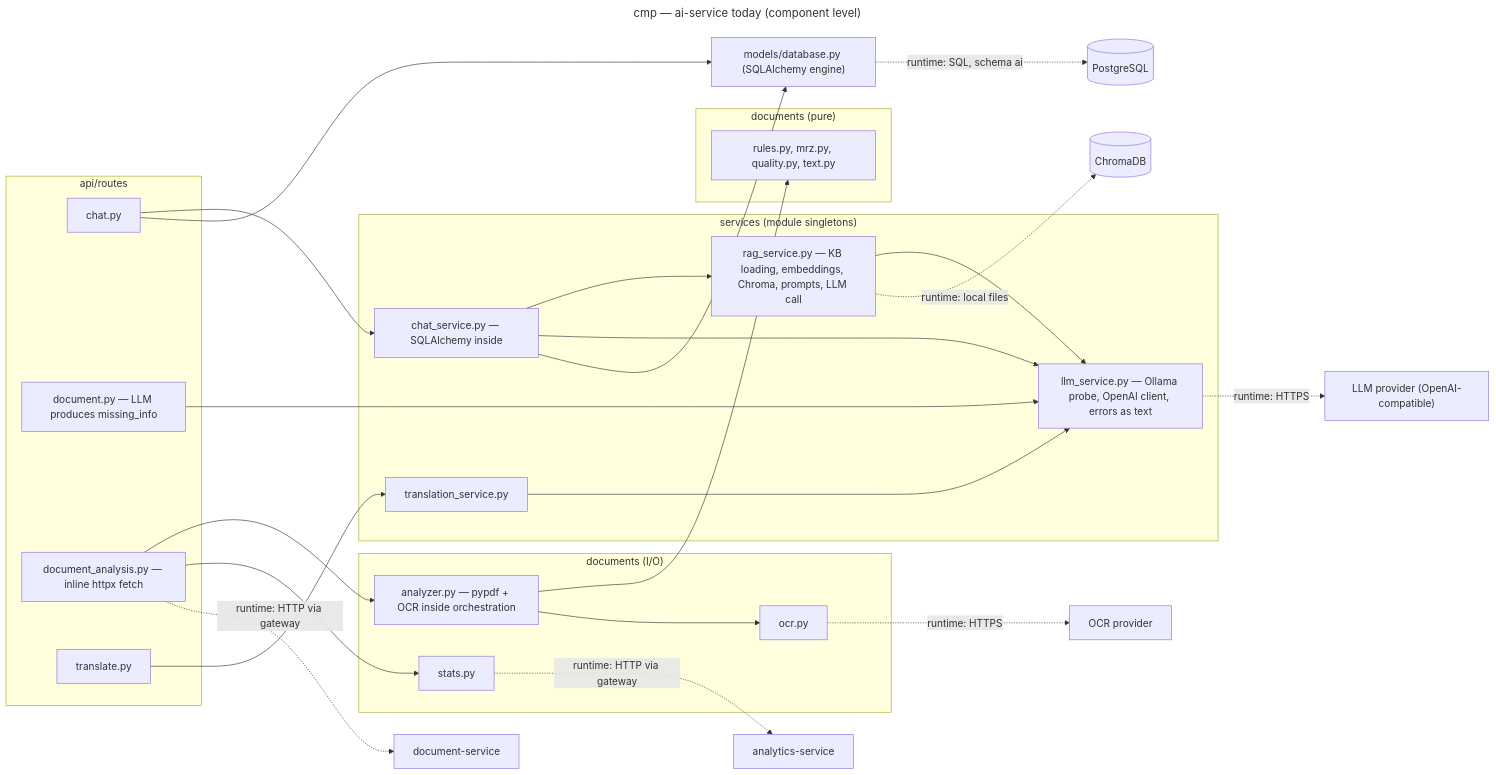
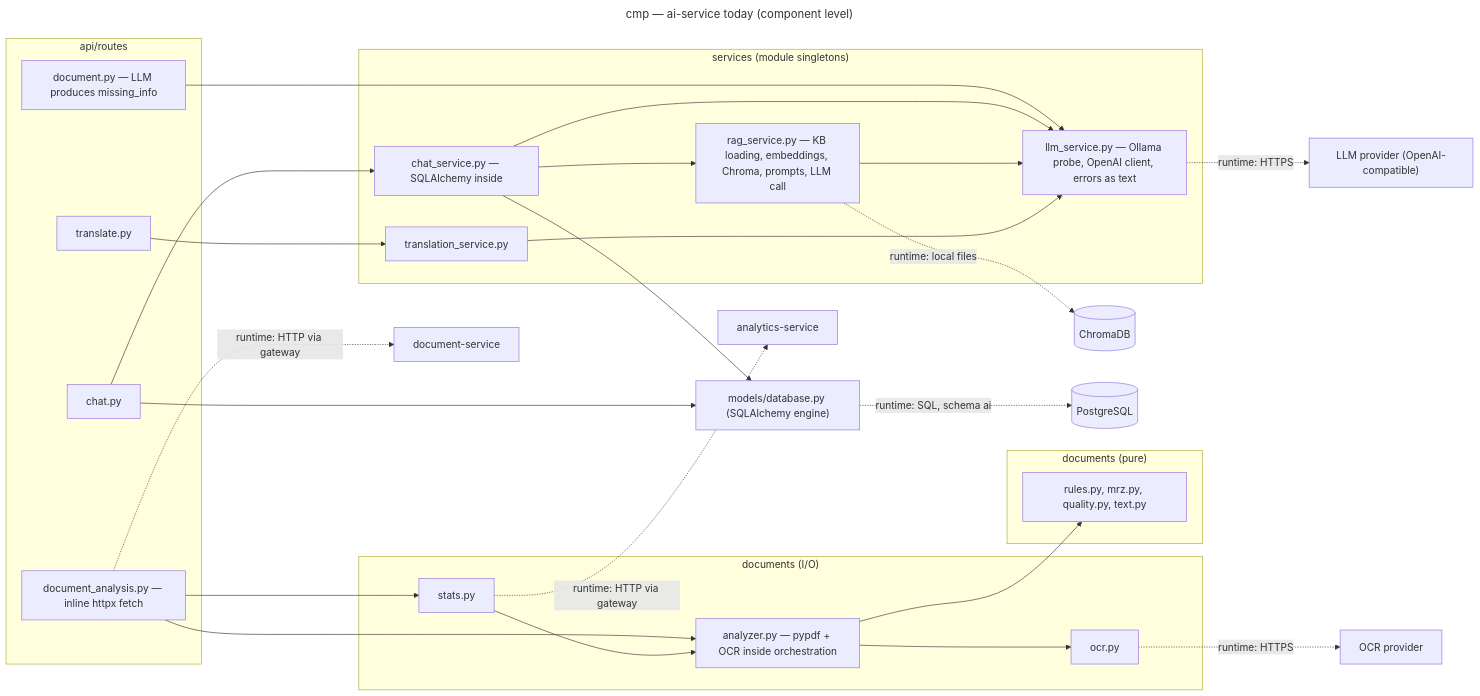
The first of 2 diagrams in docs/architecture/diagrams/architecture/03b-component-ai-service.md (IsmailMifdal/IADAF-YDAYS), drawn with Mermaid before and after one commit. The commit also changed 3 other files, not shown here.

First line of the commit message:
docs(architecture): drop the link to files pending PR #34 (ISM-116)

````diff
--- a/docs/architecture/diagrams/architecture/03b-component-ai-service.md
+++ b/docs/architecture/diagrams/architecture/03b-component-ai-service.md
@@ -18,46 +18,47 @@
 ```mermaid
 ---
 title: cmp — ai-service today (component level)
 ---
 flowchart LR
   subgraph Routes ["api/routes"]
     RChat["chat.py"]
     RDoc["document.py — LLM produces missing_info"]
     RDocA["document_analysis.py — inline httpx fetch"]
     RTr["translate.py"]
   end
   subgraph Services ["services (module singletons)"]
     Chat["chat_service.py — SQLAlchemy inside"]
     Rag["rag_service.py — KB loading, embeddings, Chroma, prompts, LLM call"]
     Llm["llm_service.py — Ollama probe, OpenAI client, errors as text"]
     Tr["translation_service.py"]
   end
   subgraph DocsPure ["documents (pure)"]
     Rules["rules.py, mrz.py, quality.py, text.py"]
   end
   subgraph DocsIO ["documents (I/O)"]
     An["analyzer.py — pypdf + OCR inside orchestration"]
     Ocr["ocr.py"]
     Stats["stats.py"]
   end
   DB["models/database.py (SQLAlchemy engine)"]
   RChat --> Chat
   RChat --> DB
   RDoc --> Llm
   RDocA --> An
   RDocA --> Stats
   RTr --> Tr
   Chat --> Rag
   Chat --> Llm
   Chat --> DB
   Rag --> Llm
   Tr --> Llm
   An --> Rules
   An --> Ocr
+  Stats --> An
   Llm -.->|"runtime: HTTPS"| LLMApi["LLM provider (OpenAI-compatible)"]
   Ocr -.->|"runtime: HTTPS"| OcrApi["OCR provider"]
   Rag -.->|"runtime: local files"| Chroma[("ChromaDB")]
   DB -.->|"runtime: SQL, schema ai"| Pg[("PostgreSQL")]
   RDocA -.->|"runtime: HTTP via gateway"| DocSvc["document-service"]
   Stats -.->|"runtime: HTTP via gateway"| AnaSvc["analytics-service"]
 ```
````
